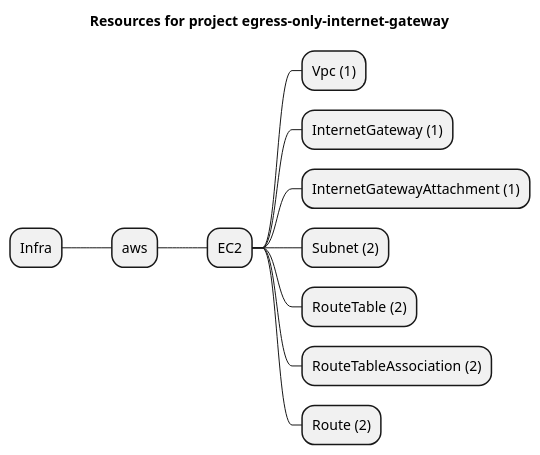
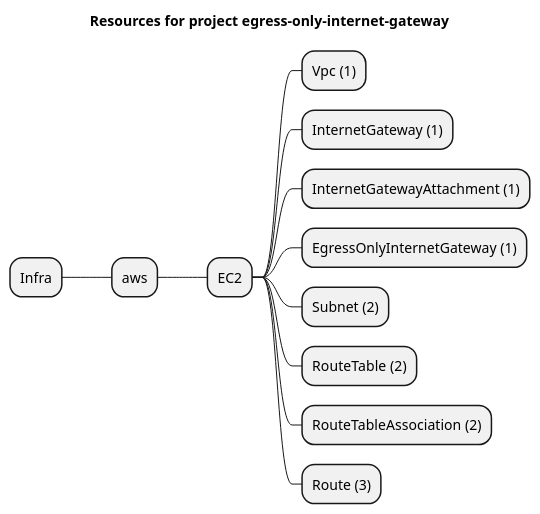
The diagram in examples/aws/EC2/egress-only-internet-gateway/artifacts/resources-mindmap.puml (grucloud/grucloud), drawn with PlantUML before and after one commit. The commit also changed 7 other files, not shown here.

Commit message:
EgressOnlyInternetGateway

```diff
--- a/examples/aws/EC2/egress-only-internet-gateway/artifacts/resources-mindmap.puml
+++ b/examples/aws/EC2/egress-only-internet-gateway/artifacts/resources-mindmap.puml
@@ -1,14 +1,15 @@
 @startmindmap
 title Resources for project egress-only-internet-gateway
 skinparam monochrome true
 + Infra
 ++ aws
 +++ EC2
 ++++ Vpc (1)
 ++++ InternetGateway (1)
 ++++ InternetGatewayAttachment (1)
+++++ EgressOnlyInternetGateway (1)
 ++++ Subnet (2)
 ++++ RouteTable (2)
 ++++ RouteTableAssociation (2)
-++++ Route (2)
+++++ Route (3)
 @endmindmap
```
